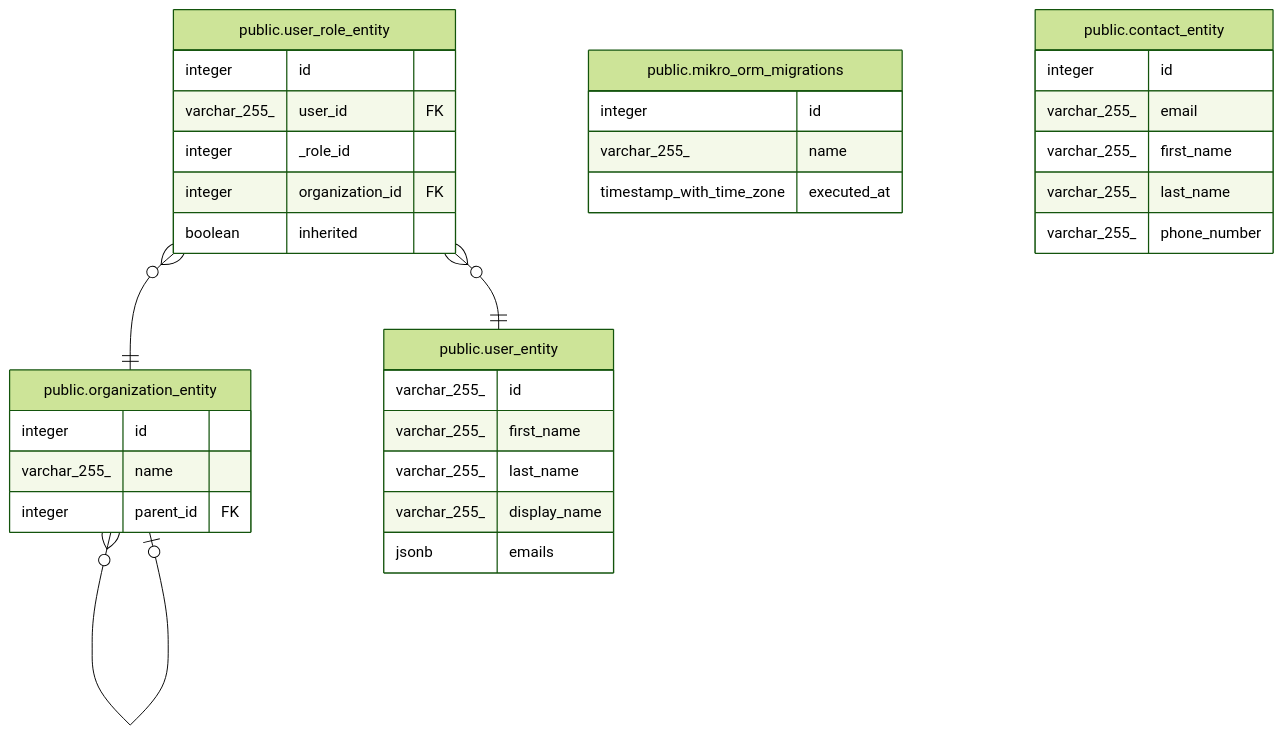
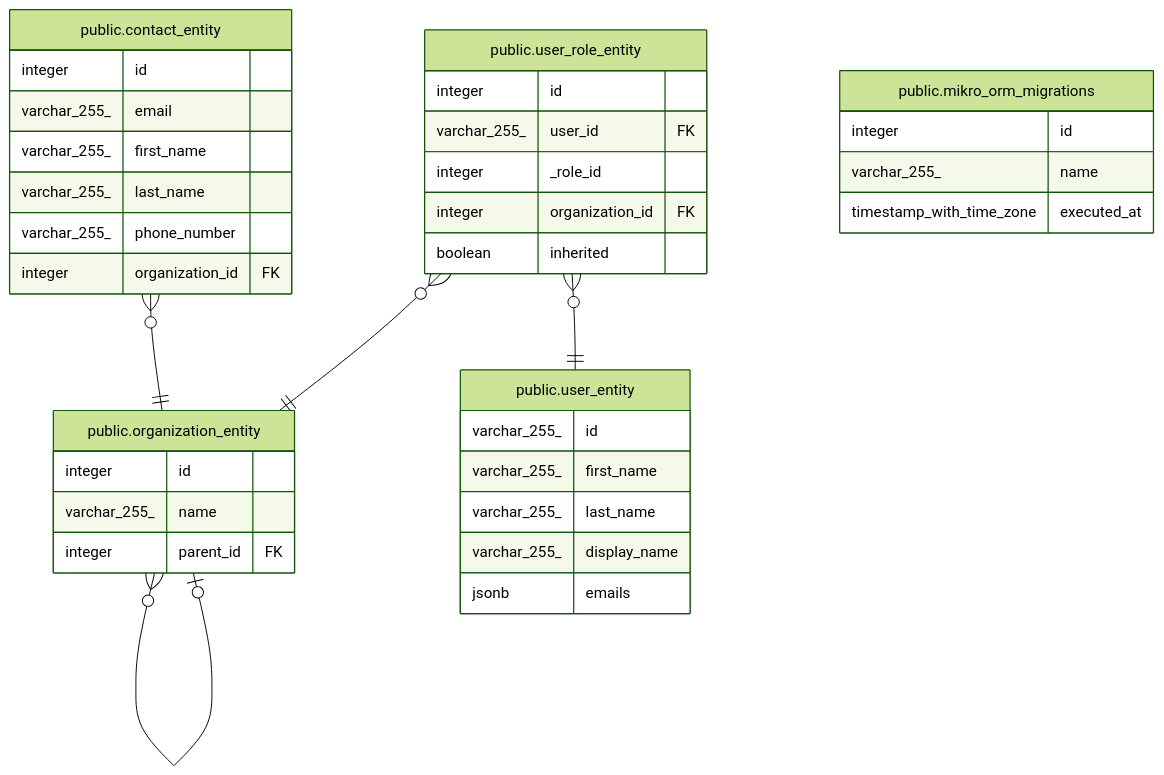
The diagram in doc/schema/README.md (gpo/grassroots), drawn with Mermaid (forest theme) before and after one commit. The commit also changed other lines of this file and 4 other files, not shown here.

````diff
--- a/doc/schema/README.md
+++ b/doc/schema/README.md
@@ -15,39 +15,41 @@
 ```mermaid
 erDiagram
 
 "public.organization_entity" }o--o| "public.organization_entity" : ""
+"public.contact_entity" }o--|| "public.organization_entity" : ""
 "public.user_role_entity" }o--|| "public.user_entity" : ""
 "public.user_role_entity" }o--|| "public.organization_entity" : ""
 
 "public.mikro_orm_migrations" {
   integer id
   varchar_255_ name
   timestamp_with_time_zone executed_at
 }
 "public.user_entity" {
   varchar_255_ id
   varchar_255_ first_name
   varchar_255_ last_name
   varchar_255_ display_name
   jsonb emails
 }
 "public.organization_entity" {
   integer id
   varchar_255_ name
   integer parent_id FK
 }
 "public.contact_entity" {
   integer id
   varchar_255_ email
   varchar_255_ first_name
   varchar_255_ last_name
   varchar_255_ phone_number
+  integer organization_id FK
 }
 "public.user_role_entity" {
   integer id
   varchar_255_ user_id FK
   integer _role_id
   integer organization_id FK
   boolean inherited
 }
 ```
````
